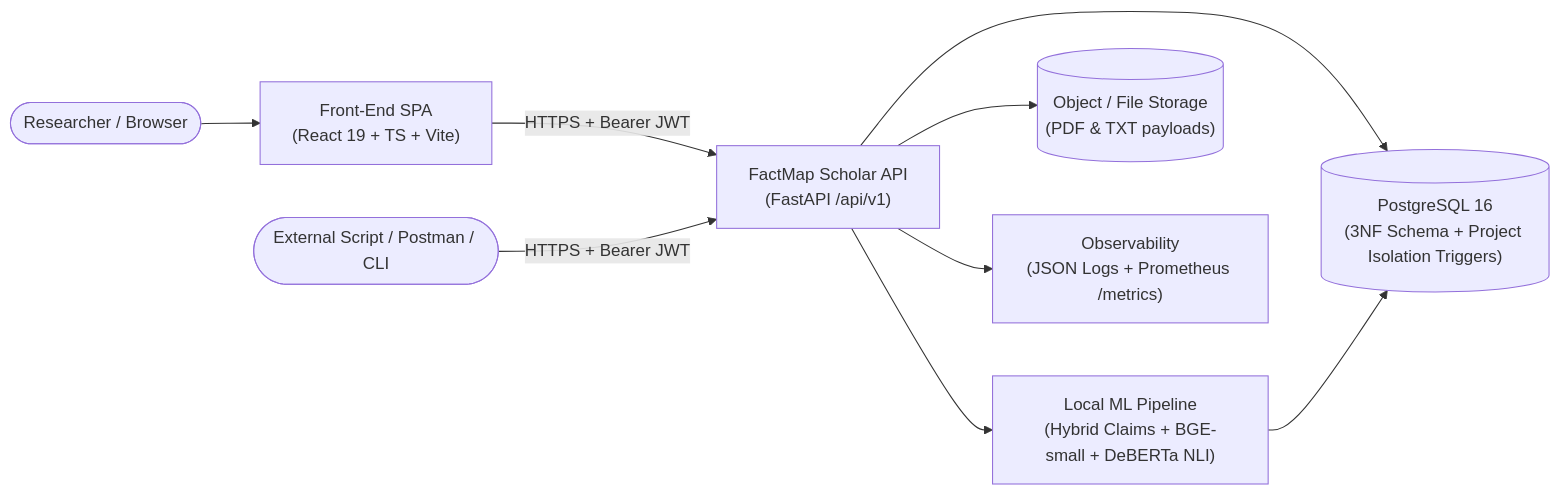
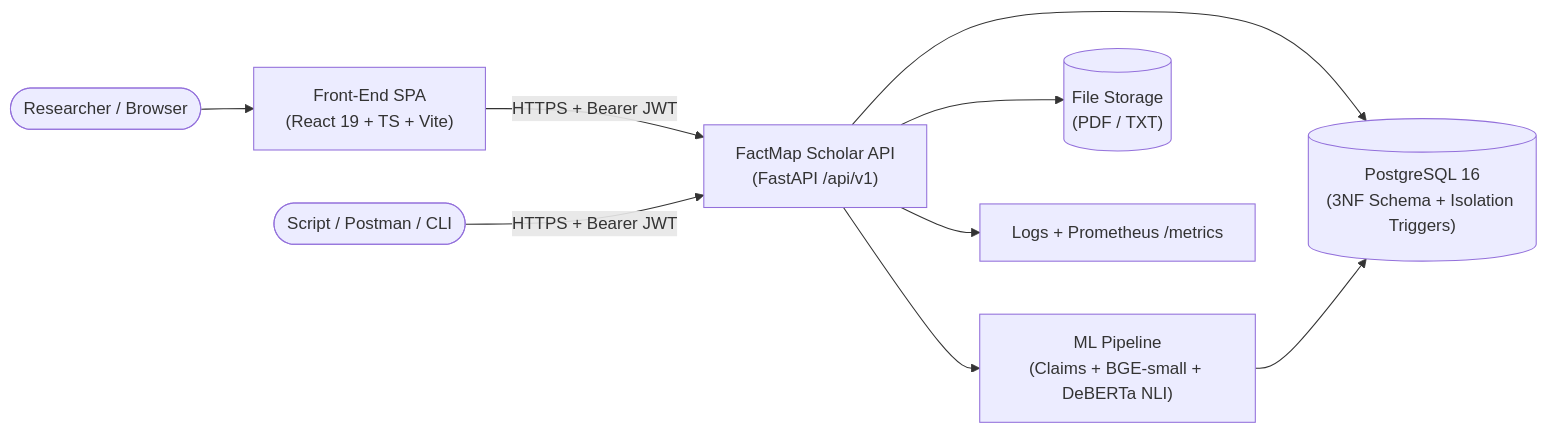
Before and after one commit to Turbobodik/diploma: the first of 3 diagrams in docs/api/guides/architecture.md, drawn with Mermaid. The commit also changed other lines of this file and 12 other files, not shown here.

````diff
--- a/docs/api/guides/architecture.md
+++ b/docs/api/guides/architecture.md
@@ -9,20 +5,20 @@
 ```mermaid
 flowchart LR
   Researcher(["Researcher / Browser"])
-  APIUser(["External Script / Postman / CLI"])
+  APIUser(["Script / Postman / CLI"])
   FE["Front-End SPA\n(React 19 + TS + Vite)"]
   API["FactMap Scholar API\n(FastAPI /api/v1)"]
-  ML["Local ML Pipeline\n(Hybrid Claims + BGE-small + DeBERTa NLI)"]
-  DB[("PostgreSQL 16\n(3NF Schema + Project Isolation Triggers)")]
-  FS[("Object / File Storage\n(PDF & TXT payloads)")]
-  Obs["Observability\n(JSON Logs + Prometheus /metrics)"]
+  ML["ML Pipeline\n(Claims + BGE-small + DeBERTa NLI)"]
+  DB[("PostgreSQL 16\n(3NF Schema + Isolation Triggers)")]
+  FS[("File Storage\n(PDF / TXT)")]
+  Obs["Logs + Prometheus /metrics"]
 
   Researcher --> FE
   FE -- "HTTPS + Bearer JWT" --> API
   APIUser -- "HTTPS + Bearer JWT" --> API
   API --> DB
   API --> FS
   API --> ML
   ML --> DB
   API --> Obs
 ```
````
